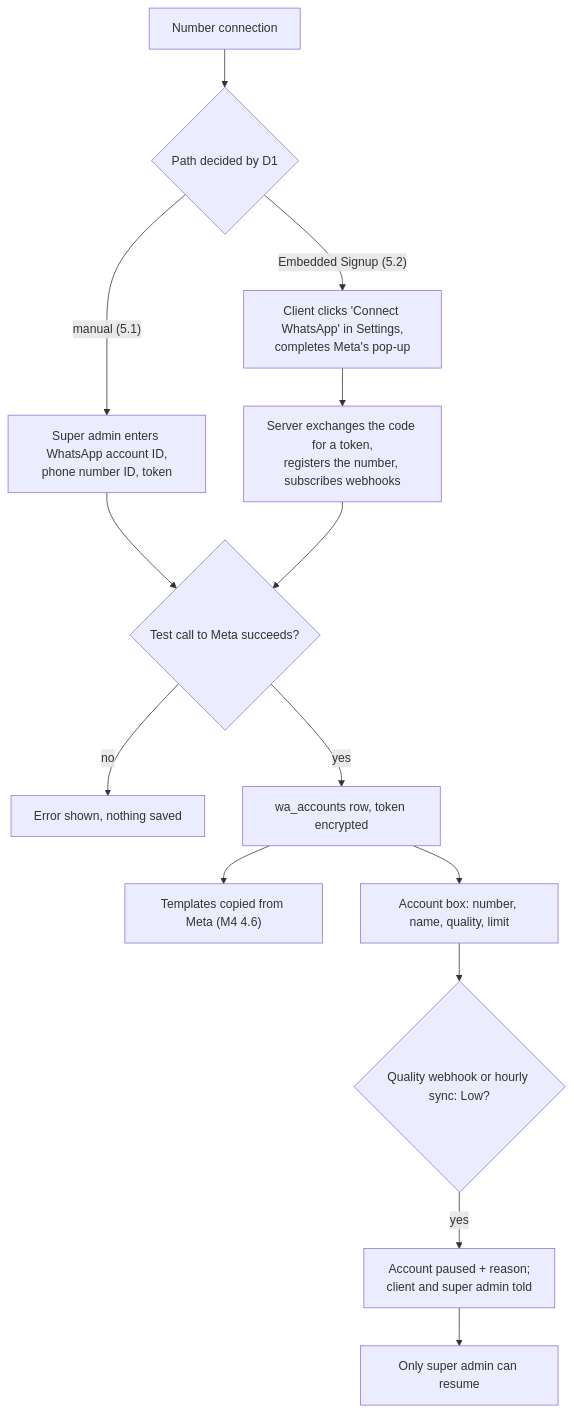
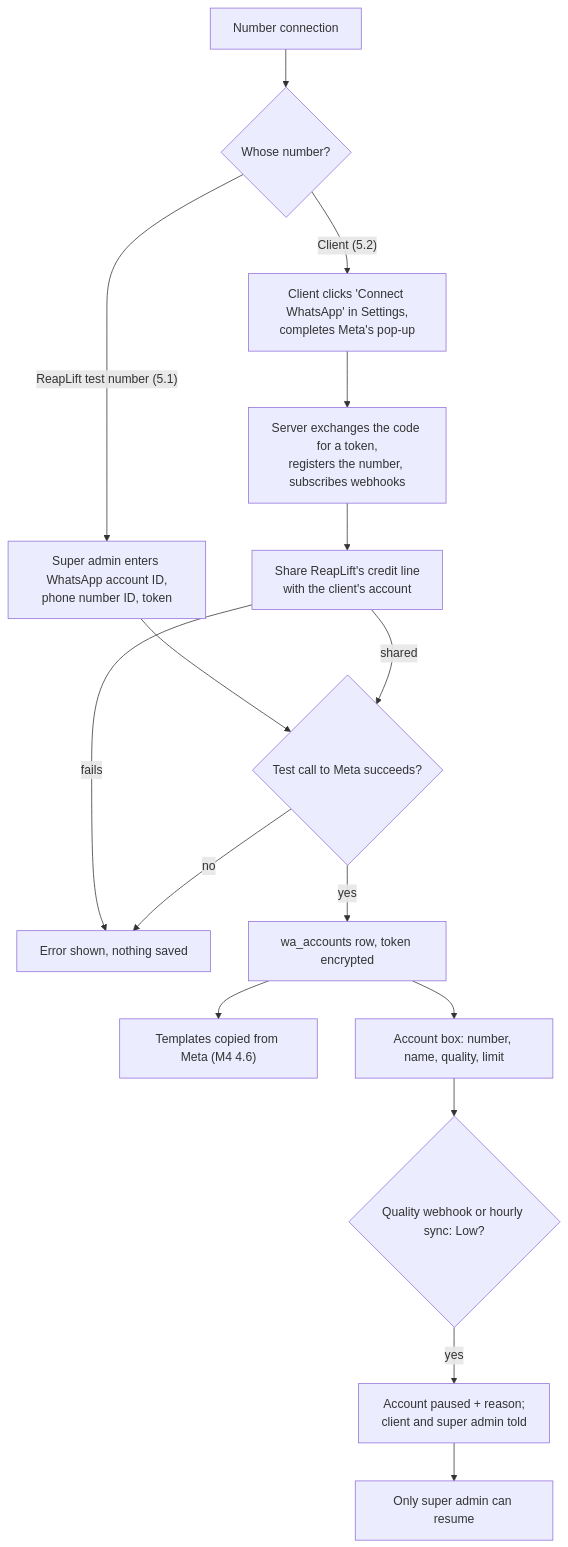
Before and after one commit to reaplift/reaplift-bsp: the first of 2 diagrams in docs/milestones/m5-number-and-templates/spec.md, drawn with Mermaid. The commit also changed other lines of this file and 6 other files, not shown here.

First line of the commit message:
docs: ReapLift as Solution Partner with its own credit line

````diff
--- a/docs/milestones/m5-number-and-templates/spec.md
+++ b/docs/milestones/m5-number-and-templates/spec.md
@@ -29,16 +27,18 @@
 ```mermaid
 flowchart TD
-  A["Number connection"] --> B{"Path decided by D1"}
-  B -- "manual (5.1)" --> C["Super admin enters WhatsApp account ID,<br/>phone number ID, token"]
-  B -- "Embedded Signup (5.2)" --> D["Client clicks 'Connect WhatsApp' in Settings,<br/>completes Meta's pop-up"]
+  A["Number connection"] --> B{"Whose number?"}
+  B -- "ReapLift test number (5.1)" --> C["Super admin enters WhatsApp account ID,<br/>phone number ID, token"]
+  B -- "Client (5.2)" --> D["Client clicks 'Connect WhatsApp' in Settings,<br/>completes Meta's pop-up"]
   D --> E["Server exchanges the code for a token,<br/>registers the number, subscribes webhooks"]
+  E --> E2["Share ReapLift's credit line<br/>with the client's account"]
+  E2 -- "fails" --> G
   C --> F{"Test call to Meta succeeds?"}
-  E --> F
+  E2 -- "shared" --> F
   F -- "no" --> G["Error shown, nothing saved"]
   F -- "yes" --> H["wa_accounts row, token encrypted"]
   H --> I["Templates copied from Meta (M4 4.6)"]
   H --> J["Account box: number, name, quality, limit"]
   J --> K{"Quality webhook or hourly sync: Low?"}
   K -- "yes" --> L["Account paused + reason;<br/>client and super admin told"]
   L --> M["Only super admin can resume"]
 ```
````
